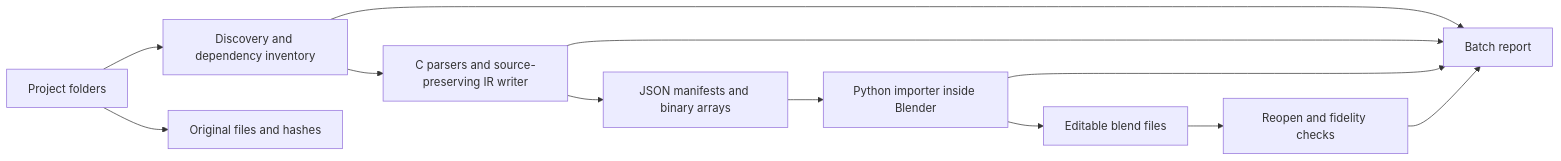
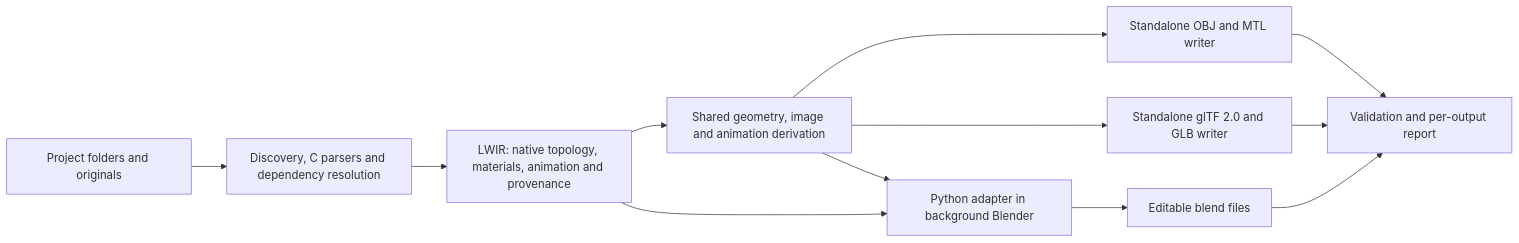
Before and after one commit to astrofra/legacy-lightwave-projects: the diagram in documentation/lightwave-to-blender-feasibility.md, drawn with Mermaid. The commit also changed other lines of this file and 88 other files, not shown here.

````diff
--- a/documentation/lightwave-to-blender-feasibility.md
+++ b/documentation/lightwave-to-blender-feasibility.md
@@ -341,14 +378,14 @@
 ```mermaid
 flowchart LR
-    A[Project folders] --> B[Discovery and dependency inventory]
-    B --> C[C parsers and source-preserving IR writer]
-    C --> D[JSON manifests and binary arrays]
-    A --> E[Original files and hashes]
-    D --> F[Python importer inside Blender]
-    F --> G[Editable blend files]
-    B --> H[Batch report]
-    C --> H
-    F --> H
-    G --> I[Reopen and fidelity checks]
-    I --> H
+    A[Project folders and originals] --> B[Discovery, C parsers and dependency resolution]
+    B --> C[LWIR: native topology, materials, animation and provenance]
+    C --> D[Shared geometry, image and animation derivation]
+    D --> E[Standalone OBJ and MTL writer]
+    D --> F[Standalone glTF 2.0 and GLB writer]
+    C --> G[Python adapter in background Blender]
+    D --> G
+    G --> H[Editable blend files]
+    E --> I[Validation and per-output report]
+    F --> I
+    H --> I
 ```
````
